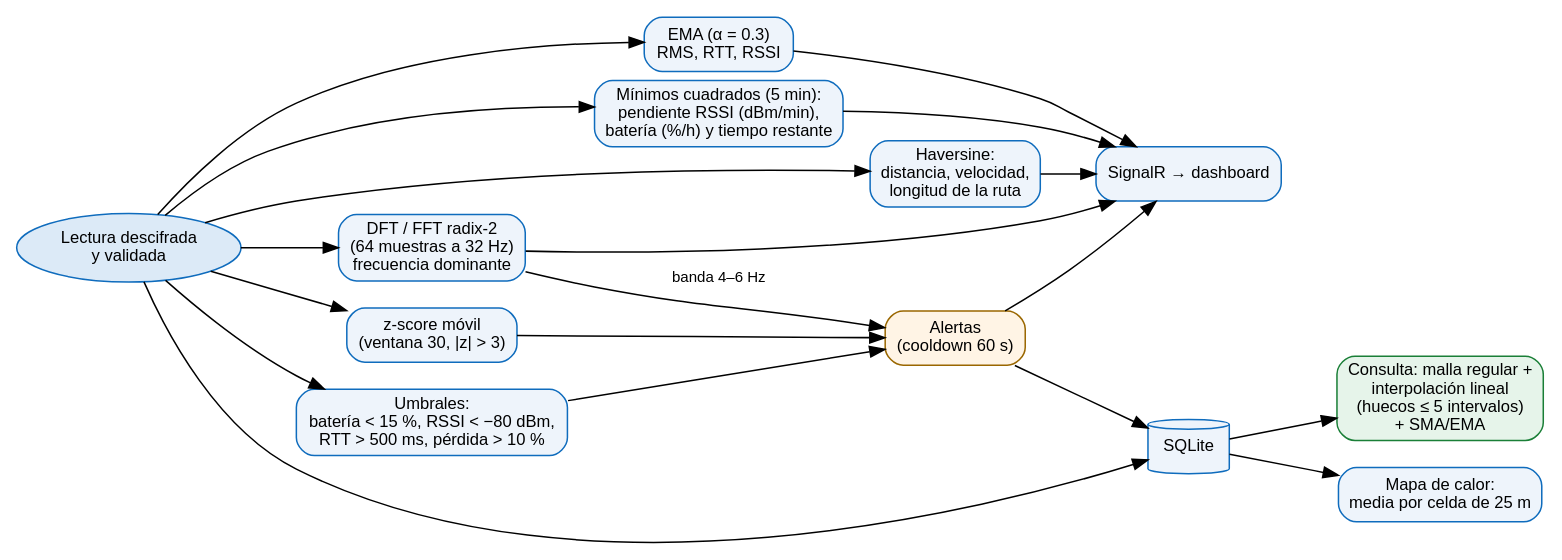
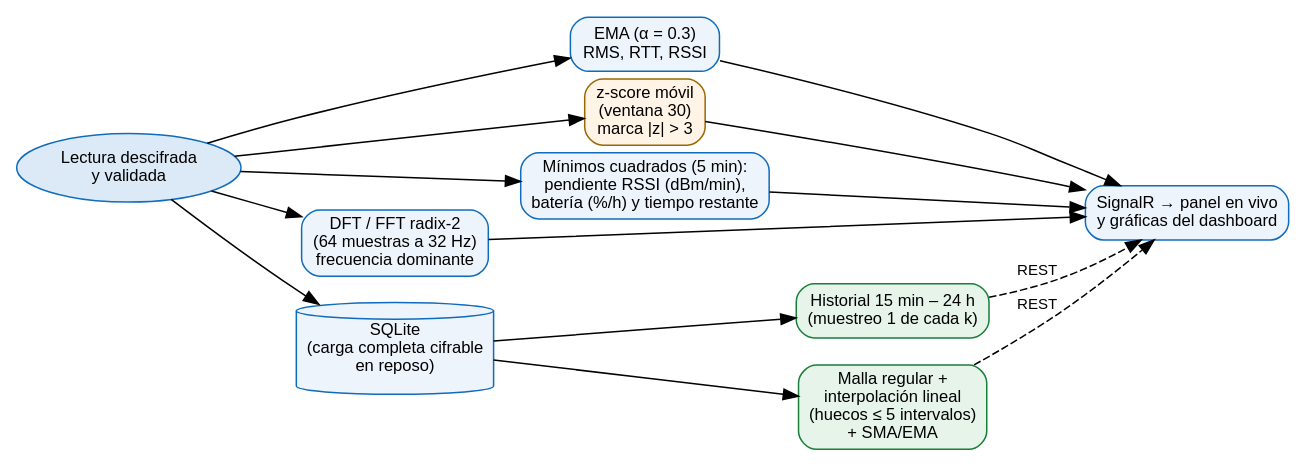
One commit to yaelrdf/Virologia_Criptografia_UPIICSA changed the diagram in Examen_SignalTrace/docs/diagramas/08_analitica.dot. Above: the diagram before and after it, drawn with Graphviz. The commit also changed 76 other files, not shown here.

Commit message:
SignalTrace docs: capítulos, diagramas y capturas para el banco de sensores, YCM1, usuarios y QR; historial con z-scores y carga ordenada

```diff
--- a/Examen_SignalTrace/docs/diagramas/08_analitica.dot
+++ b/Examen_SignalTrace/docs/diagramas/08_analitica.dot
@@ -1,16 +1,13 @@
 digraph G { fontname="Arial"; node [fontname="Arial", fontsize=11]; edge [fontname="Arial", fontsize=10];
   rankdir=LR; node [shape=box, style="rounded,filled", fillcolor="#EEF4FB", color="#0F6CBD"];
   r [label="Lectura descifrada\ny validada", shape=oval, fillcolor="#DCEAF7"];
   ema [label="EMA (α = 0.3)\nRMS, RTT, RSSI"];
-  z [label="z-score móvil\n(ventana 30, |z| > 3)"];
-  th [label="Umbrales:\nbatería < 15 %, RSSI < −80 dBm,\nRTT > 500 ms, pérdida > 10 %"];
+  z [label="z-score móvil\n(ventana 30)\nmarca |z| > 3", fillcolor="#FFF4E5", color="#9A6700"];
   ls [label="Mínimos cuadrados (5 min):\npendiente RSSI (dBm/min),\nbatería (%/h) y tiempo restante"];
-  hv [label="Haversine:\ndistancia, velocidad,\nlongitud de la ruta"];
   ft [label="DFT / FFT radix-2\n(64 muestras a 32 Hz)\nfrecuencia dominante"];
-  al [label="Alertas\n(cooldown 60 s)", fillcolor="#FFF4E5", color="#9A6700"];
-  db [label="SQLite", shape=cylinder];
-  hub [label="SignalR → dashboard"];
-  grid [label="Consulta: malla regular +\ninterpolación lineal\n(huecos ≤ 5 intervalos)\n+ SMA/EMA", fillcolor="#E6F4EA", color="#1A7F37"];
-  heat [label="Mapa de calor:\nmedia por celda de 25 m"];
-  r -> {ema z th ls hv ft}; z -> al; th -> al; ft -> al [label="banda 4–6 Hz"]; al -> db; al -> hub; {ema ls hv ft} -> hub; r -> db; db -> grid; db -> heat;
+  db [label="SQLite\n(carga completa cifrable\nen reposo)", shape=cylinder];
+  hub [label="SignalR → panel en vivo\ny gráficas del dashboard"];
+  hist [label="Historial 15 min – 24 h\n(muestreo 1 de cada k)", fillcolor="#E6F4EA", color="#1A7F37"];
+  grid [label="Malla regular +\ninterpolación lineal\n(huecos ≤ 5 intervalos)\n+ SMA/EMA", fillcolor="#E6F4EA", color="#1A7F37"];
+  r -> {ema z ls ft}; {ema z ls ft} -> hub; r -> db; db -> hist; db -> grid; hist -> hub [style=dashed, label="REST"]; grid -> hub [style=dashed, label="REST"];
 }
```
